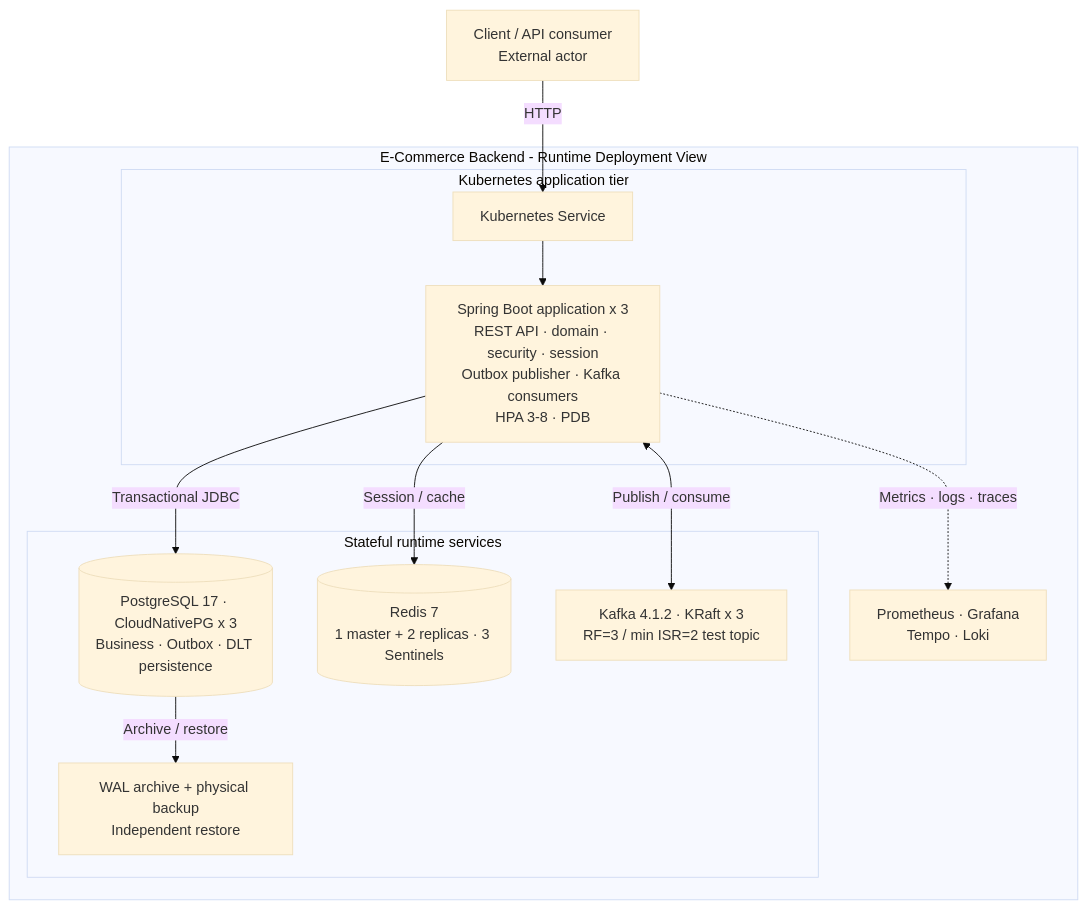
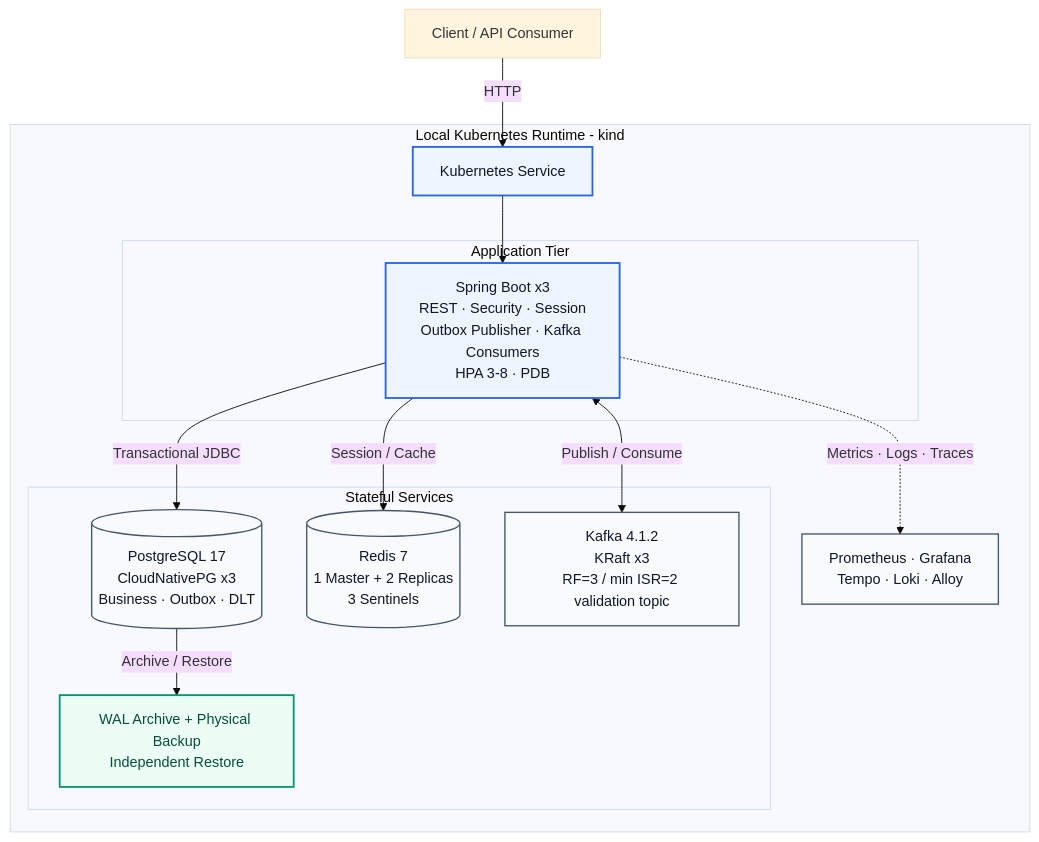
The first of 4 diagrams in SpringBoot_Backend_Engineering_Summary.md (ravan-chuang/spring-boot-ecommerce-backend), drawn with Mermaid (base theme) before and after one commit. The commit also changed other lines of this file and 2 other files, not shown here.

````diff
--- a/SpringBoot_Backend_Engineering_Summary.md
+++ b/SpringBoot_Backend_Engineering_Summary.md
@@ -54,27 +72,36 @@
 ```mermaid
 flowchart TB
-    Client["Client / API consumer<br/>External actor"]
+    Client["Client / API Consumer"]
 
-    subgraph Runtime["E-Commerce Backend - Runtime Deployment View"]
-        subgraph AppTier["Kubernetes application tier"]
-            Service["Kubernetes Service"]
-            App["Spring Boot application x 3<br/>REST API · domain · security · session<br/>Outbox publisher · Kafka consumers<br/>HPA 3-8 · PDB"]
+    subgraph K8s["Local Kubernetes Runtime - kind"]
+        Service["Kubernetes Service"]
+
+        subgraph AppTier["Application Tier"]
+            App["Spring Boot x3<br/>REST · Security · Session<br/>Outbox Publisher · Kafka Consumers<br/>HPA 3-8 · PDB"]
         end
 
-        subgraph Stateful["Stateful runtime services"]
-            PG[("PostgreSQL 17 · CloudNativePG x 3<br/>Business · Outbox · DLT persistence")]
-            Redis[("Redis 7<br/>1 master + 2 replicas · 3 Sentinels")]
-            Kafka["Kafka 4.1.2 · KRaft x 3<br/>RF=3 / min ISR=2 test topic"]
-            Restore["WAL archive + physical backup<br/>Independent restore"]
+        subgraph Stateful["Stateful Services"]
+            PG[("PostgreSQL 17<br/>CloudNativePG x3<br/>Business · Outbox · DLT")]
+            Redis[("Redis 7<br/>1 Master + 2 Replicas<br/>3 Sentinels")]
+            Kafka["Kafka 4.1.2<br/>KRaft x3<br/>RF=3 / min ISR=2 validation topic"]
+            Backup["WAL Archive + Physical Backup<br/>Independent Restore"]
         end
 
-        Observability["Prometheus · Grafana<br/>Tempo · Loki"]
+        Obs["Prometheus · Grafana<br/>Tempo · Loki · Alloy"]
     end
 
-    Client -->|HTTP| Service --> App
+    Client -->|HTTP| Service
+    Service --> App
     App -->|Transactional JDBC| PG
-    App -->|Session / cache| Redis
-    App <-->|Publish / consume| Kafka
-    App -.->|Metrics · logs · traces| Observability
-    PG -->|Archive / restore| Restore
+    App -->|Session / Cache| Redis
+    App <-->|Publish / Consume| Kafka
+    App -.->|Metrics · Logs · Traces| Obs
+    PG -->|Archive / Restore| Backup
+
+    classDef edge fill:#eef5ff,stroke:#2563eb,stroke-width:2px,color:#0f172a;
+    classDef state fill:#f8fafc,stroke:#475569,stroke-width:1.5px,color:#0f172a;
+    classDef recover fill:#ecfdf5,stroke:#059669,stroke-width:2px,color:#064e3b;
+    class App,Service edge;
+    class PG,Redis,Kafka,Obs state;
+    class Backup recover;
 ```
````
